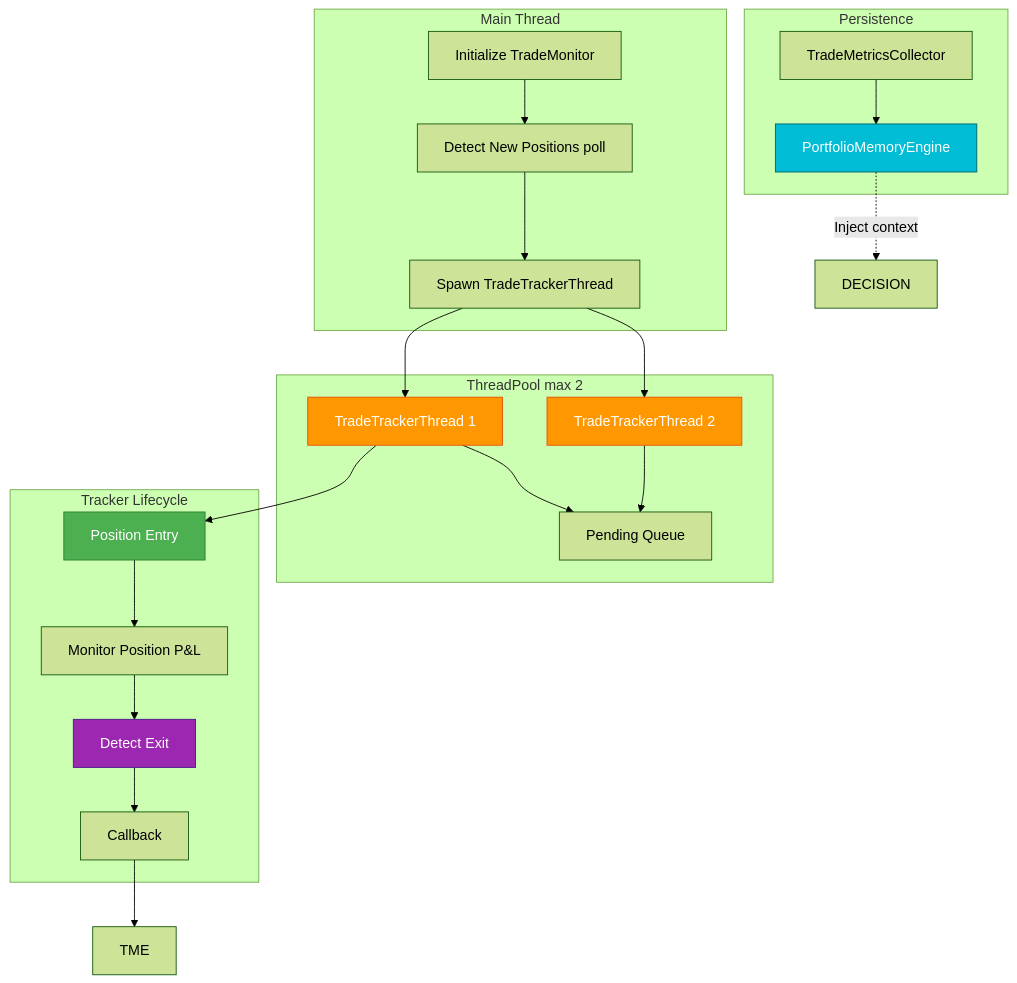
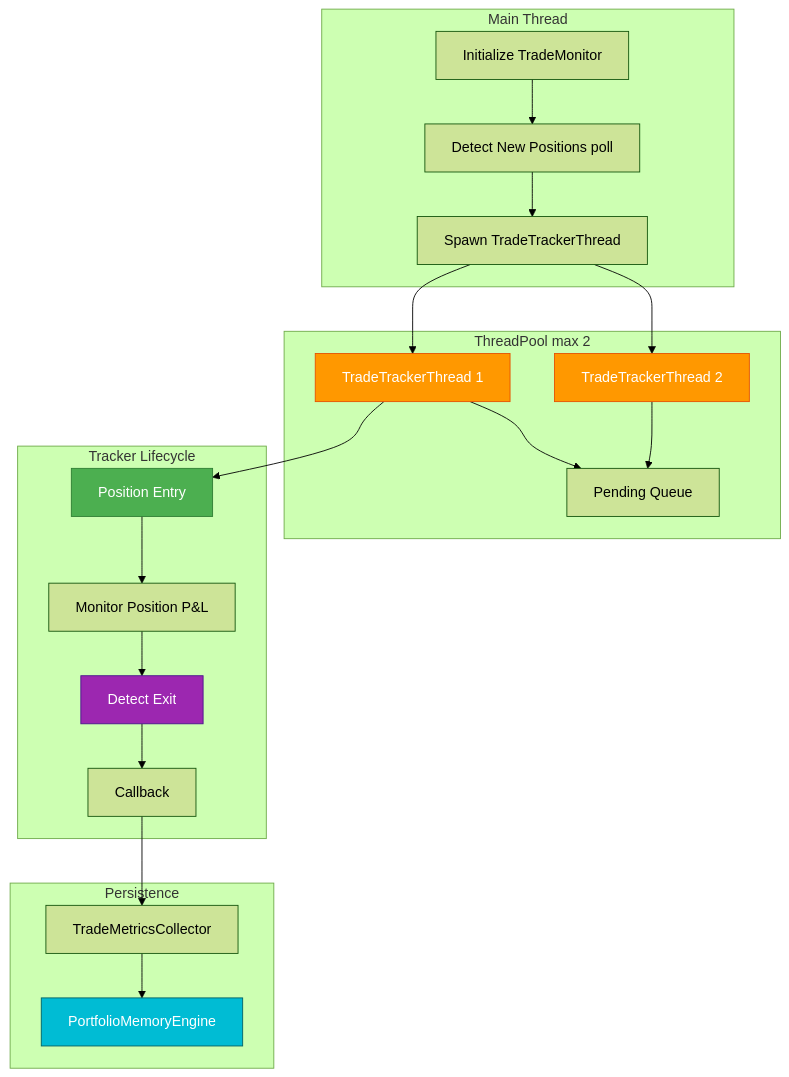
The diagram in docs/diagrams/monitoring_architecture.mmd (Three-Rivers-Tech/finance_feedback_engine), drawn with Mermaid (forest theme) before and after one commit. The commit also changed 6 other files, not shown here.

Commit message:
docs: Update diagrams and refine content in README and various architecture files

```diff
--- a/docs/diagrams/monitoring_architecture.mmd
+++ b/docs/diagrams/monitoring_architecture.mmd
@@ -1,44 +1,44 @@
 graph TB
     subgraph "Main Thread"
         INIT[Initialize TradeMonitor]
         DETECT[Detect New Positions poll]
         SPAWN[Spawn TradeTrackerThread]
     end
 
     subgraph "ThreadPool max 2"
         T1[TradeTrackerThread 1]
         T2[TradeTrackerThread 2]
         PENDING[Pending Queue]
     end
 
     subgraph "Tracker Lifecycle"
         ENTRY[Position Entry]
         MONITOR[Monitor Position P&L]
         EXIT[Detect Exit]
         CALLBACK[Callback]
     end
 
     subgraph "Persistence"
         TMC[TradeMetricsCollector]
         PME[PortfolioMemoryEngine]
     end
 
     INIT --> DETECT
     DETECT --> SPAWN
     SPAWN --> T1 & T2
     T1 & T2 --> PENDING
 
     T1 --> ENTRY
     ENTRY --> MONITOR
     MONITOR --> EXIT
     EXIT --> CALLBACK
-    CALLBACK --> TME
+    CALLBACK --> TMC
 
     TMC --> PME
-    PME -.->|Inject context| DECISION
+
 
     style T1 fill:#FF9800,stroke:#E65100,color:#fff
     style T2 fill:#FF9800,stroke:#E65100,color:#fff
     style ENTRY fill:#4CAF50,stroke:#2E7D32,color:#fff
     style EXIT fill:#9C27B0,stroke:#4A148C,color:#fff
     style PME fill:#00BCD4,stroke:#006064,color:#fff
```
